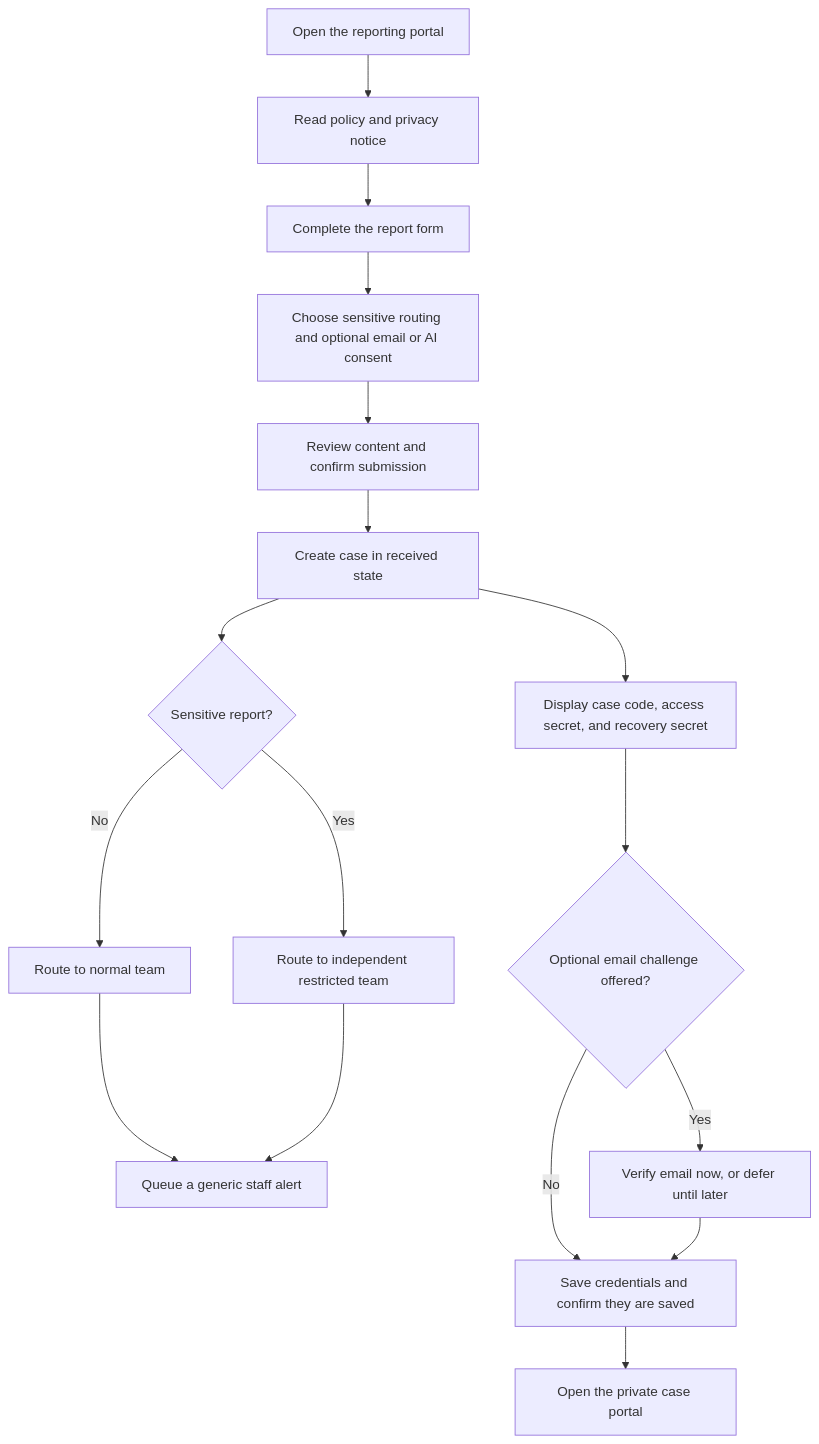
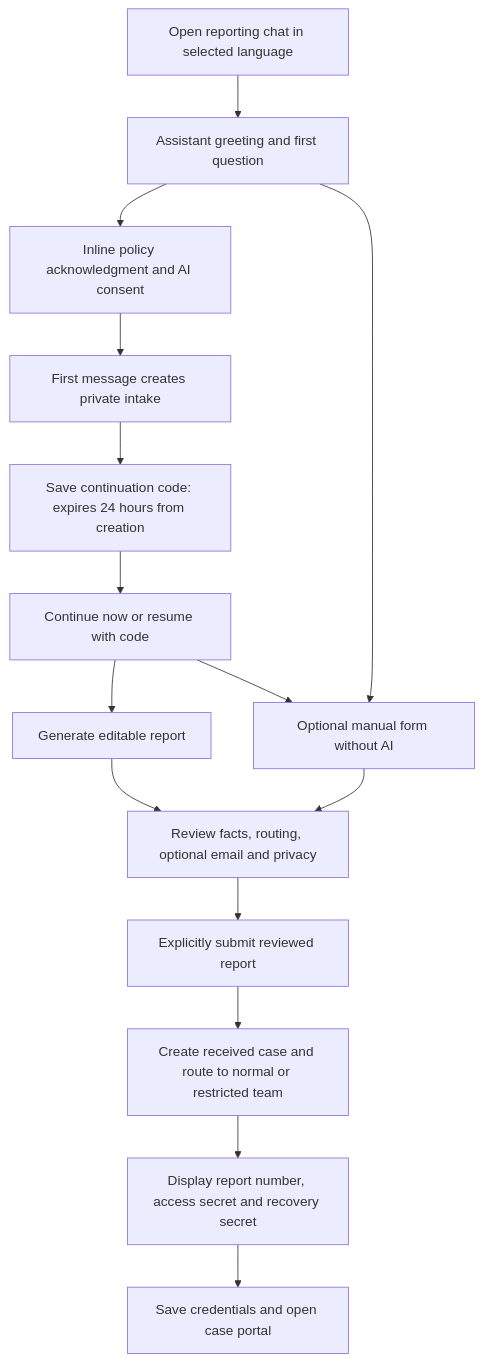
The first of 5 diagrams in docs/reporting-flow.md (lixionary/lixionary-whistleblower), drawn with Mermaid before and after one commit. The commit also changed other lines of this file and 31 other files, not shown here.

Commit message:
feat: add resumable AI-first reporter intake

````diff
--- a/docs/reporting-flow.md
+++ b/docs/reporting-flow.md
@@ -39,19 +41,17 @@
 ```mermaid
 flowchart TD
-    Start["Open the reporting portal"] --> Policy["Read policy and privacy notice"]
-    Policy --> Form["Complete the report form"]
-    Form --> Options["Choose sensitive routing and optional email or AI consent"]
-    Options --> Review["Review content and confirm submission"]
-    Review --> Create["Create case in received state"]
-    Create --> Route{"Sensitive report?"}
-    Route -->|No| Normal["Route to normal team"]
-    Route -->|Yes| Restricted["Route to independent restricted team"]
-    Normal --> Alert["Queue a generic staff alert"]
-    Restricted --> Alert
-    Create --> Receipt["Display case code, access secret, and recovery secret"]
-    Receipt --> Email{"Optional email challenge offered?"}
-    Email -->|Yes| OTP["Verify email now, or defer until later"]
-    Email -->|No| Save["Save credentials and confirm they are saved"]
-    OTP --> Save
-    Save --> Portal["Open the private case portal"]
+    Start["Open reporting chat in selected language"] --> Greet["Assistant greeting and first question"]
+    Greet --> Consent["Inline policy acknowledgment and AI consent"]
+    Consent --> Chat["First message creates private intake"]
+    Chat --> Code["Save continuation code: expires 24 hours from creation"]
+    Code --> Continue["Continue now or resume with code"]
+    Continue --> Draft["Generate editable report"]
+    Greet --> Manual["Optional manual form without AI"]
+    Continue --> Manual
+    Draft --> Review["Review facts, routing, optional email and privacy"]
+    Manual --> Review
+    Review --> Submit["Explicitly submit reviewed report"]
+    Submit --> Case["Create received case and route to normal or restricted team"]
+    Case --> Receipt["Display report number, access secret and recovery secret"]
+    Receipt --> Portal["Save credentials and open case portal"]
 ```
````
